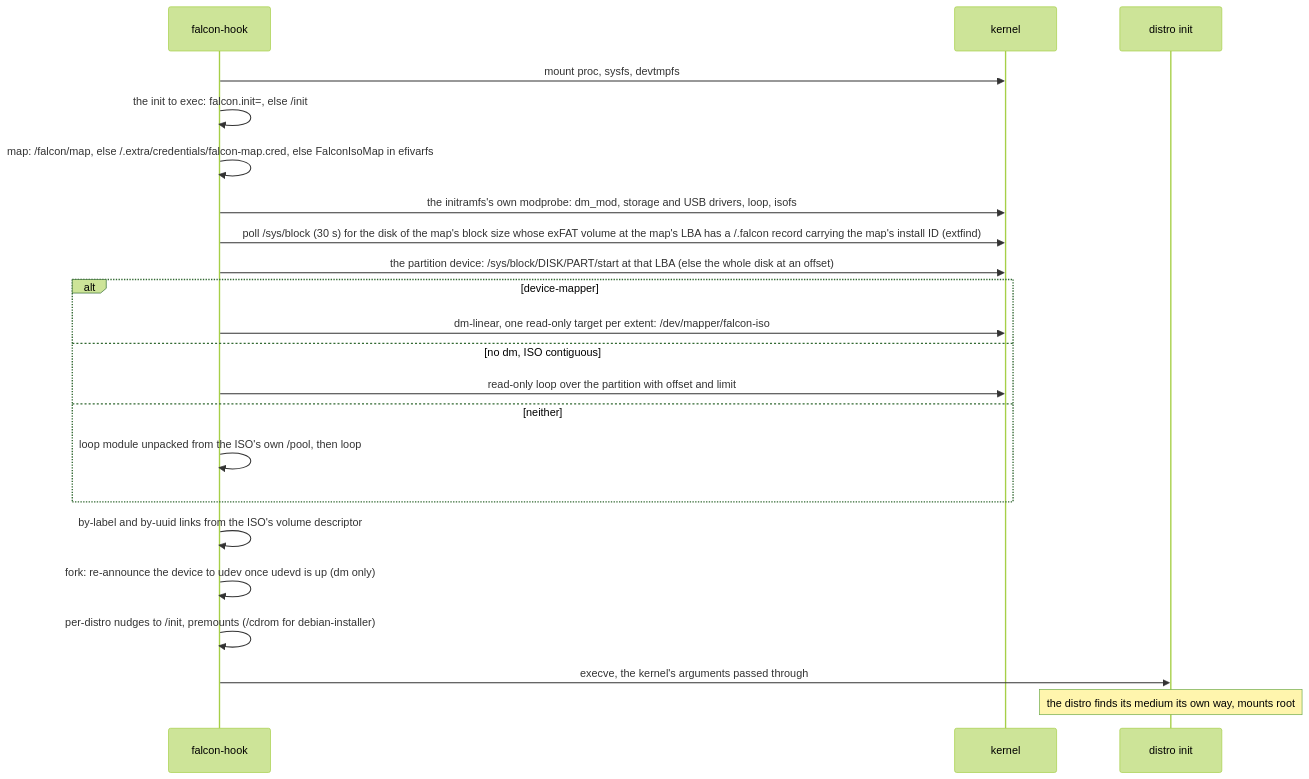
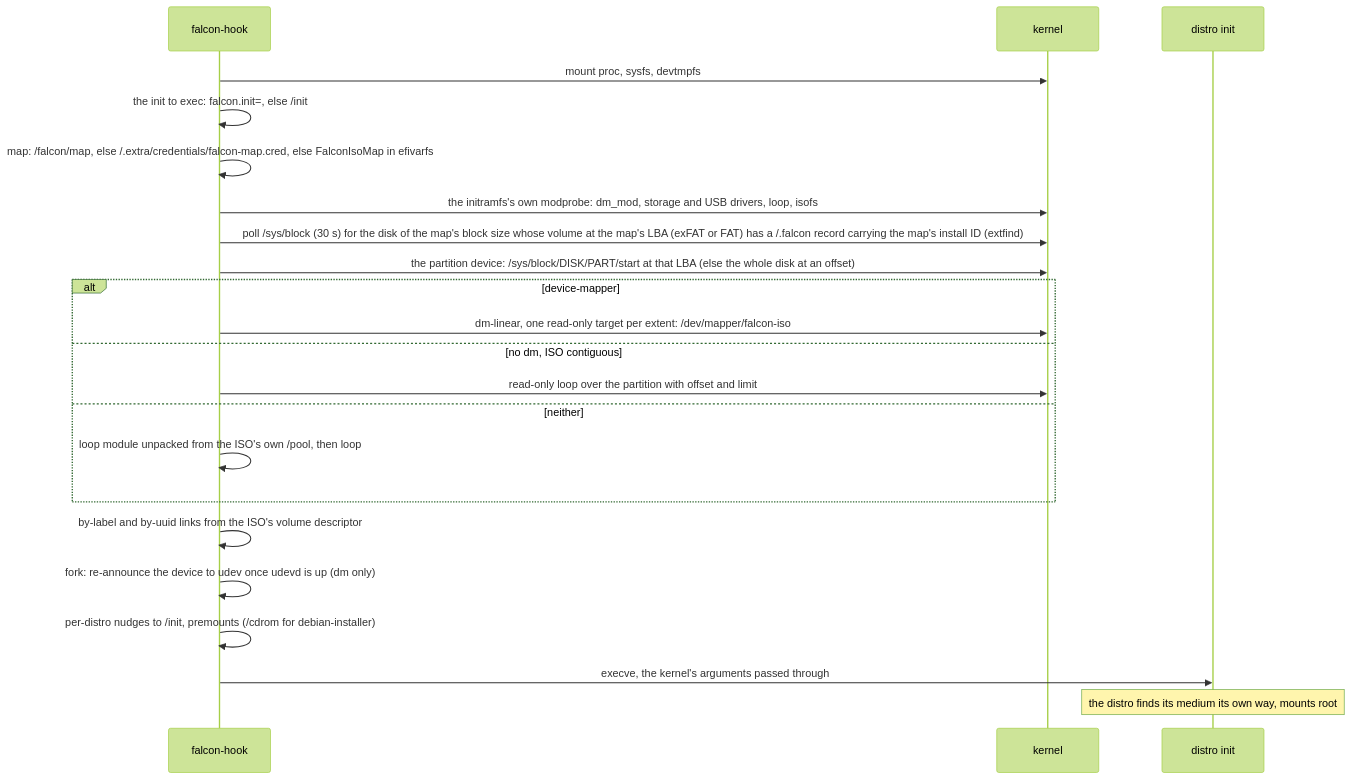
Diagram 20 of 24 in docs/DESIGN.md (vifair22/falcon-boot), drawn with Mermaid (forest theme) before and after one commit. The commit also changed other lines of this file and 22 other files, not shown here.

````diff
--- a/docs/DESIGN.md
+++ b/docs/DESIGN.md
@@ -3681,24 +3694,24 @@
 ```mermaid
 sequenceDiagram
     participant H as falcon-hook
     participant KN as kernel
     participant D as distro init
     H->>KN: mount proc, sysfs, devtmpfs
     H->>H: the init to exec: falcon.init=, else /init
     H->>H: map: /falcon/map, else /.extra/credentials/falcon-map.cred, else FalconIsoMap in efivarfs
     H->>KN: the initramfs's own modprobe: dm_mod, storage and USB drivers, loop, isofs
-    H->>KN: poll /sys/block (30 s) for the disk of the map's block size whose exFAT volume at the map's LBA has a /.falcon record carrying the map's install ID (extfind)
+    H->>KN: poll /sys/block (30 s) for the disk of the map's block size whose volume at the map's LBA (exFAT or FAT) has a /.falcon record carrying the map's install ID (extfind)
     H->>KN: the partition device: /sys/block/DISK/PART/start at that LBA (else the whole disk at an offset)
     alt device-mapper
         H->>KN: dm-linear, one read-only target per extent: /dev/mapper/falcon-iso
     else no dm, ISO contiguous
         H->>KN: read-only loop over the partition with offset and limit
     else neither
         H->>H: loop module unpacked from the ISO's own /pool, then loop
     end
     H->>H: by-label and by-uuid links from the ISO's volume descriptor
     H->>H: fork: re-announce the device to udev once udevd is up (dm only)
     H->>H: per-distro nudges to /init, premounts (/cdrom for debian-installer)
     H->>D: execve, the kernel's arguments passed through
     Note over D: the distro finds its medium its own way, mounts root
 ```
````
